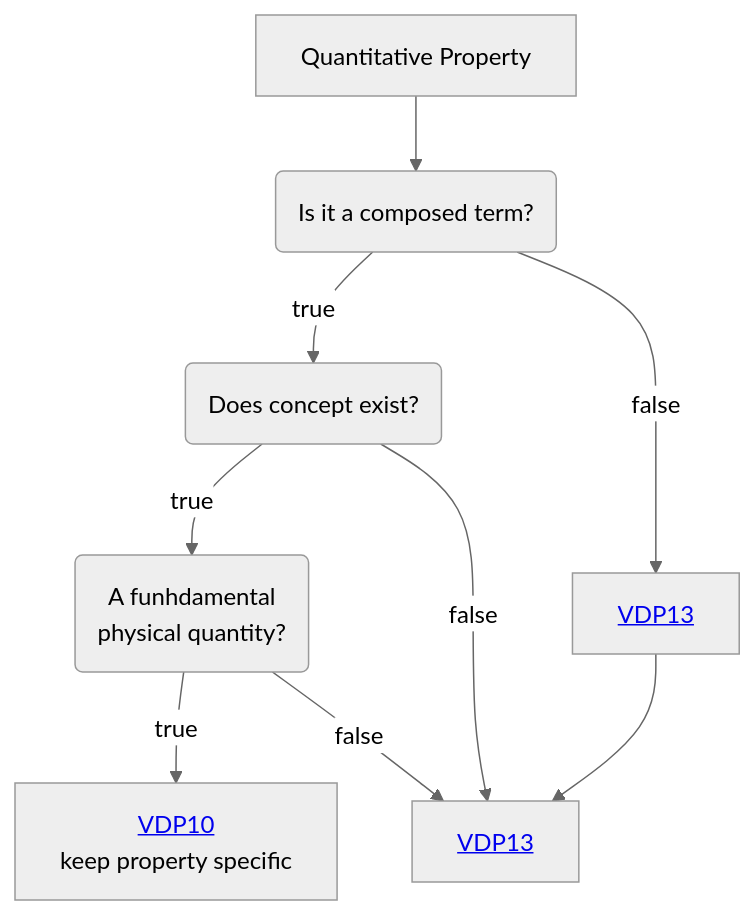
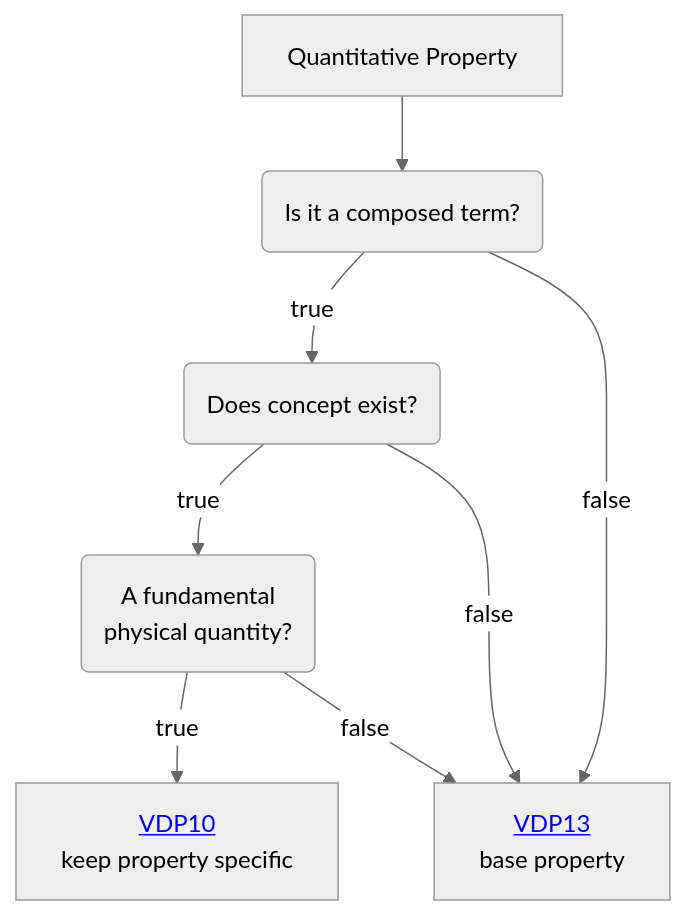
Before and after one commit to mabablue/I-ADOPT-patterns-playground: the diagram in Decisition_trees/DT1.mmd, drawn with Mermaid (neutral theme). The commit also changed other lines of this file, not shown here.

```diff
--- a/Decisition_trees/DT1.mmd
+++ b/Decisition_trees/DT1.mmd
@@ -1,9 +1,8 @@
 flowchart TD
     A[Quantitative Property] --> B(Is it a composed term?)
     B --> |true|E(Does concept exist?)
-    B --> |false|D[<a href='https://github.com/mabablue/I-ADOPT-patterns-playground/blob/main/pattern/VDP13.yaml'>VDP13</a>]
-    E -->|true|F(A funhdamental <br> physical quantity?)
-    E --> |false|I
+    B --> |false|D[<a href='https://github.com/mabablue/I-ADOPT-patterns-playground/blob/main/pattern/VDP13.yaml'>VDP13</a> <br> base property]
+    E -->|true|F(A fundamental <br> physical quantity?)
+    E --> |false|D
     F --> |true|H[<a href='https://github.com/mabablue/I-ADOPT-patterns-playground/blob/main/pattern/VDP10.yaml'>VDP10</a> <br> keep property specific]
-    D --> I[<a href='https://github.com/mabablue/I-ADOPT-patterns-playground/blob/main/pattern/VDP13.yaml'>VDP13</a>]
-    F --> |false|I
+    F --> |false|D
```
